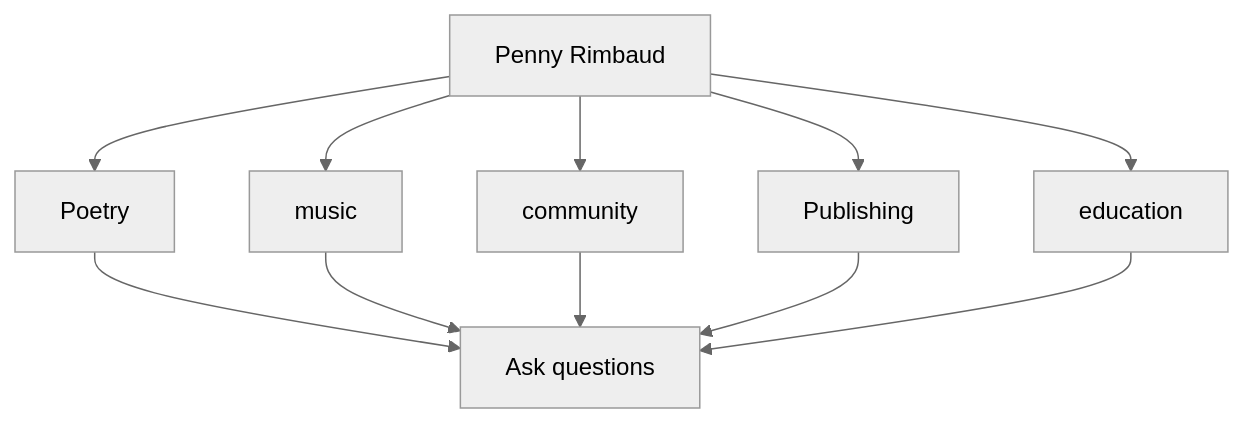
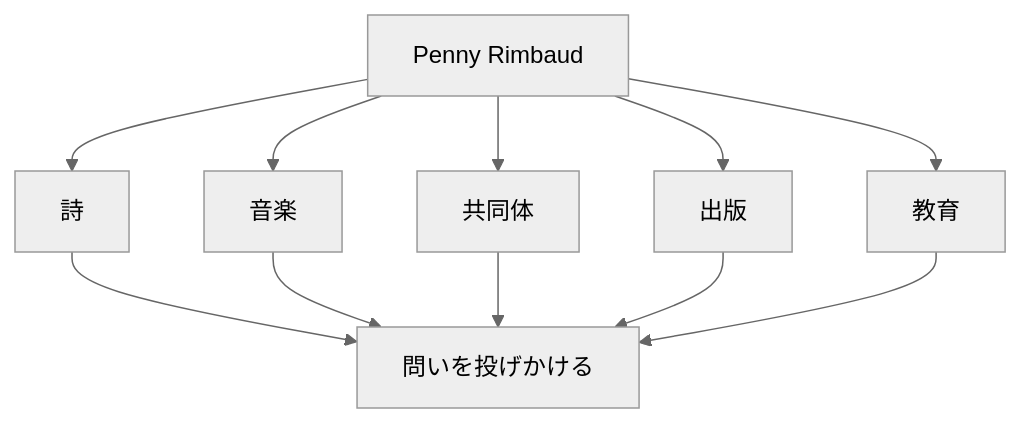
Before and after one commit to monumental-movement/monumental-movement.github.io: the sixth of 10 diagrams in en/_posts/2026-07-13-column-penny-rimbaud.md, drawn with Mermaid (neutral theme). The commit also changed other lines of this file and 2196 other files, not shown here.

```diff
--- a/en/_posts/2026-07-13-column-penny-rimbaud.md
+++ b/en/_posts/2026-07-13-column-penny-rimbaud.md
@@ -963,22 +963,22 @@
 <div class="mermaid">
 graph TD
 
 A["Penny Rimbaud"]
-B["Poetry"]
-C["music"]
-D["community"]
-E["Publishing"]
-F["education"]
-G["Ask questions"]
+B["詩"]
+C["音楽"]
+D["共同体"]
+E["出版"]
+F["教育"]
+G["問いを投げかける"]
 
 A --> B
 A --> C
 A --> D
 A --> E
 A --> F
 B --> G
 C --> G
 D --> G
 E --> G
 F --> G
 </div>
```
